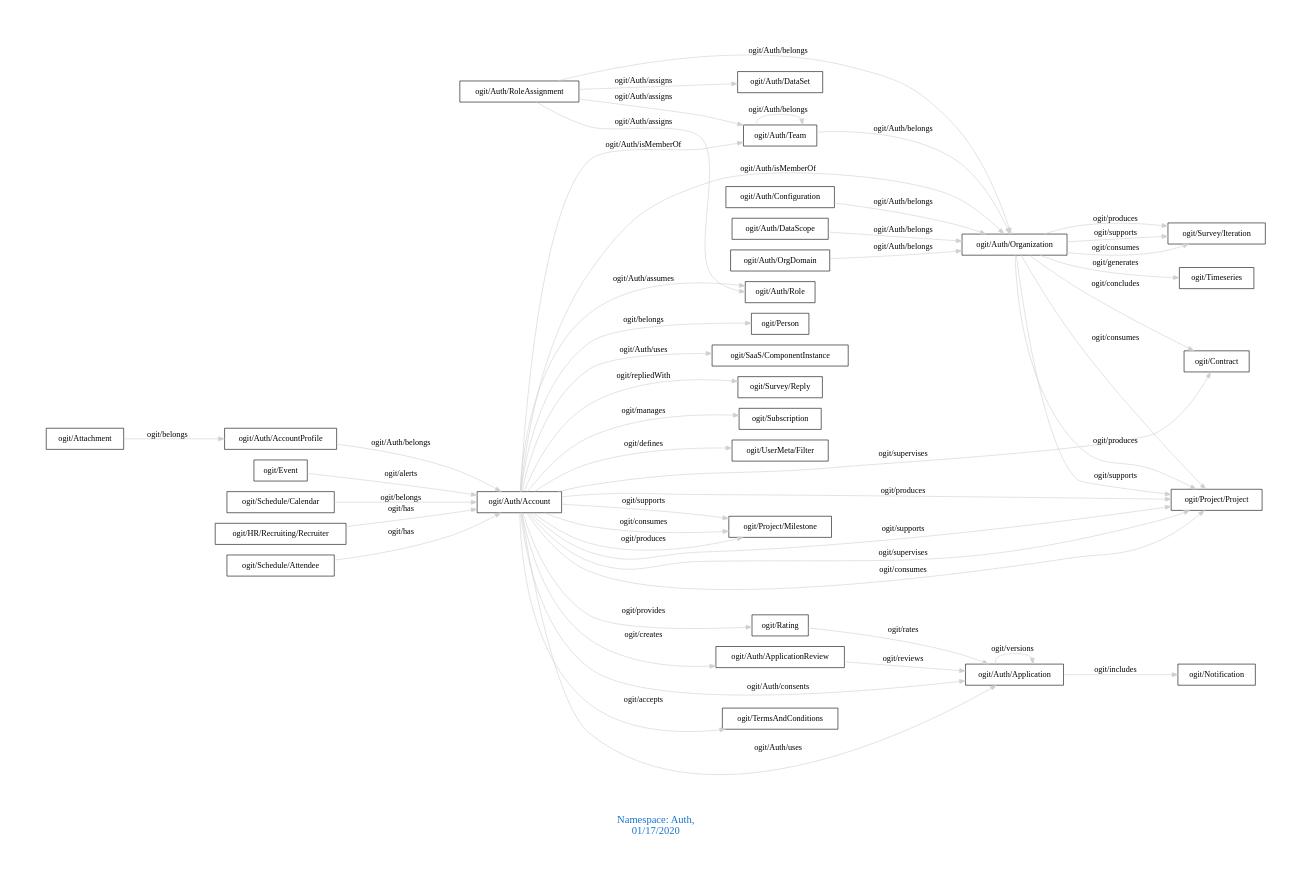
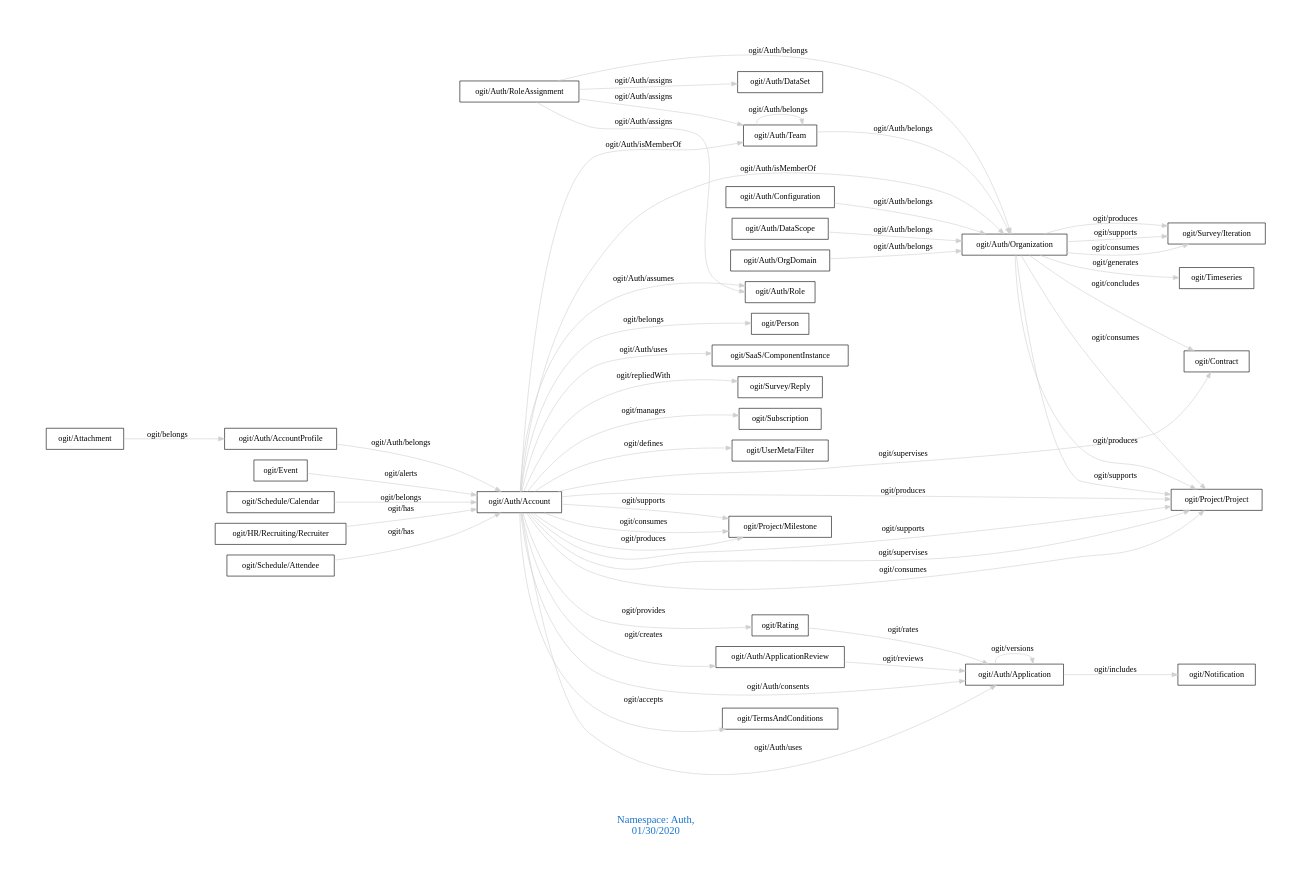
One commit to arago/OGIT changed the diagram in downloads/Auth.dot. Above: the diagram before and after it, drawn with Graphviz. The commit also changed 1675 other files, not shown here.

```diff
--- a/downloads/Auth.dot
+++ b/downloads/Auth.dot
@@ -1,56 +1,56 @@
 digraph OGIT_ontology {
  graph [ rankdir= LR,pad=1 
 fontsize = 18,
-fontcolor= dodgerblue3,label = "\n\n\nNamespace: Auth, \n 01/17/2020"];
+fontcolor= dodgerblue3,label = "\n\n\nNamespace: Auth, \n 01/30/2020"];
 node[shape=polygon];
 edge [  color="gray81"];
 
    "ogit/Auth/Account" -> "ogit/Subscription" [label="   ogit/manages    "];
    "ogit/Auth/Account" -> "ogit/UserMeta/Filter" [label="   ogit/defines    "];
    "ogit/Auth/AccountProfile" -> "ogit/Auth/Account" [label="   ogit/Auth/belongs    "];
    "ogit/Auth/Configuration" -> "ogit/Auth/Organization" [label="   ogit/Auth/belongs    "];
    "ogit/Auth/DataScope" -> "ogit/Auth/Organization" [label="   ogit/Auth/belongs    "];
    "ogit/Auth/OrgDomain" -> "ogit/Auth/Organization" [label="   ogit/Auth/belongs    "];
    "ogit/Auth/RoleAssignment" -> "ogit/Auth/Organization" [label="   ogit/Auth/belongs    "];
    "ogit/Auth/Team" -> "ogit/Auth/Organization" [label="   ogit/Auth/belongs    "];
    "ogit/Auth/Organization" -> "ogit/Contract" [label="   ogit/concludes    "];
    "ogit/Auth/Account" -> "ogit/Project/Milestone" [label="   ogit/supports    "];
    "ogit/Auth/Account" -> "ogit/Project/Project" [label="   ogit/supports    "];
    "ogit/Auth/Organization" -> "ogit/Project/Project" [label="   ogit/supports    "];
    "ogit/Auth/Organization" -> "ogit/Survey/Iteration" [label="   ogit/supports    "];
    "ogit/Auth/Account" -> "ogit/Project/Project" [label="   ogit/supervises    "];
    "ogit/Auth/Account" -> "ogit/Contract" [label="   ogit/supervises    "];
    "ogit/Auth/Organization" -> "ogit/Timeseries" [label="   ogit/generates    "];
    "ogit/Auth/Account" -> "ogit/Project/Milestone" [label="   ogit/consumes    "];
    "ogit/Auth/Account" -> "ogit/Project/Project" [label="   ogit/consumes    "];
    "ogit/Auth/Organization" -> "ogit/Project/Project" [label="   ogit/consumes    "];
    "ogit/Auth/Organization" -> "ogit/Survey/Iteration" [label="   ogit/consumes    "];
    "ogit/Auth/Application" -> "ogit/Notification" [label="   ogit/includes    "];
    "ogit/Auth/Account" -> "ogit/Auth/Role" [label="   ogit/Auth/assumes    "];
    "ogit/Auth/Account" -> "ogit/TermsAndConditions" [label="   ogit/accepts    "];
    "ogit/Auth/Account" -> "ogit/Auth/ApplicationReview" [label="   ogit/creates    "];
    "ogit/Auth/Account" -> "ogit/Auth/Application" [label="   ogit/Auth/consents    "];
    "ogit/Auth/RoleAssignment" -> "ogit/Auth/Role" [label="   ogit/Auth/assigns    "];
    "ogit/Auth/RoleAssignment" -> "ogit/Auth/Team" [label="   ogit/Auth/assigns    "];
    "ogit/Auth/RoleAssignment" -> "ogit/Auth/DataSet" [label="   ogit/Auth/assigns    "];
    "ogit/Rating" -> "ogit/Auth/Application" [label="   ogit/rates    "];
    "ogit/Event" -> "ogit/Auth/Account" [label="   ogit/alerts    "];
    "ogit/Auth/ApplicationReview" -> "ogit/Auth/Application" [label="   ogit/reviews    "];
    "ogit/Auth/Account" -> "ogit/Rating" [label="   ogit/provides    "];
    "ogit/Auth/Account" -> "ogit/Project/Milestone" [label="   ogit/produces    "];
    "ogit/Auth/Account" -> "ogit/Project/Project" [label="   ogit/produces    "];
    "ogit/Auth/Organization" -> "ogit/Project/Project" [label="   ogit/produces    "];
    "ogit/Auth/Organization" -> "ogit/Survey/Iteration" [label="   ogit/produces    "];
    "ogit/Auth/Account" -> "ogit/Person" [label="   ogit/belongs    "];
    "ogit/Schedule/Calendar" -> "ogit/Auth/Account" [label="   ogit/belongs    "];
    "ogit/Attachment" -> "ogit/Auth/AccountProfile" [label="   ogit/belongs    "];
    "ogit/Auth/Account" -> "ogit/Auth/Organization" [label="   ogit/Auth/isMemberOf    "];
    "ogit/Auth/Account" -> "ogit/Auth/Team" [label="   ogit/Auth/isMemberOf    "];
    "ogit/Auth/Account" -> "ogit/Auth/Application" [label="   ogit/Auth/uses    "];
    "ogit/Auth/Account" -> "ogit/SaaS/ComponentInstance" [label="   ogit/Auth/uses    "];
    "ogit/Auth/Account" -> "ogit/Survey/Reply" [label="   ogit/repliedWith    "];
    "ogit/HR/Recruiting/Recruiter" -> "ogit/Auth/Account" [label="   ogit/has    "];
    "ogit/Schedule/Attendee" -> "ogit/Auth/Account" [label="   ogit/has    "];
    "ogit/Auth/Application" -> "ogit/Auth/Application" [label="   ogit/versions    "];
    "ogit/Auth/Team" -> "ogit/Auth/Team" [label="   ogit/Auth/belongs    "];
 }
```
